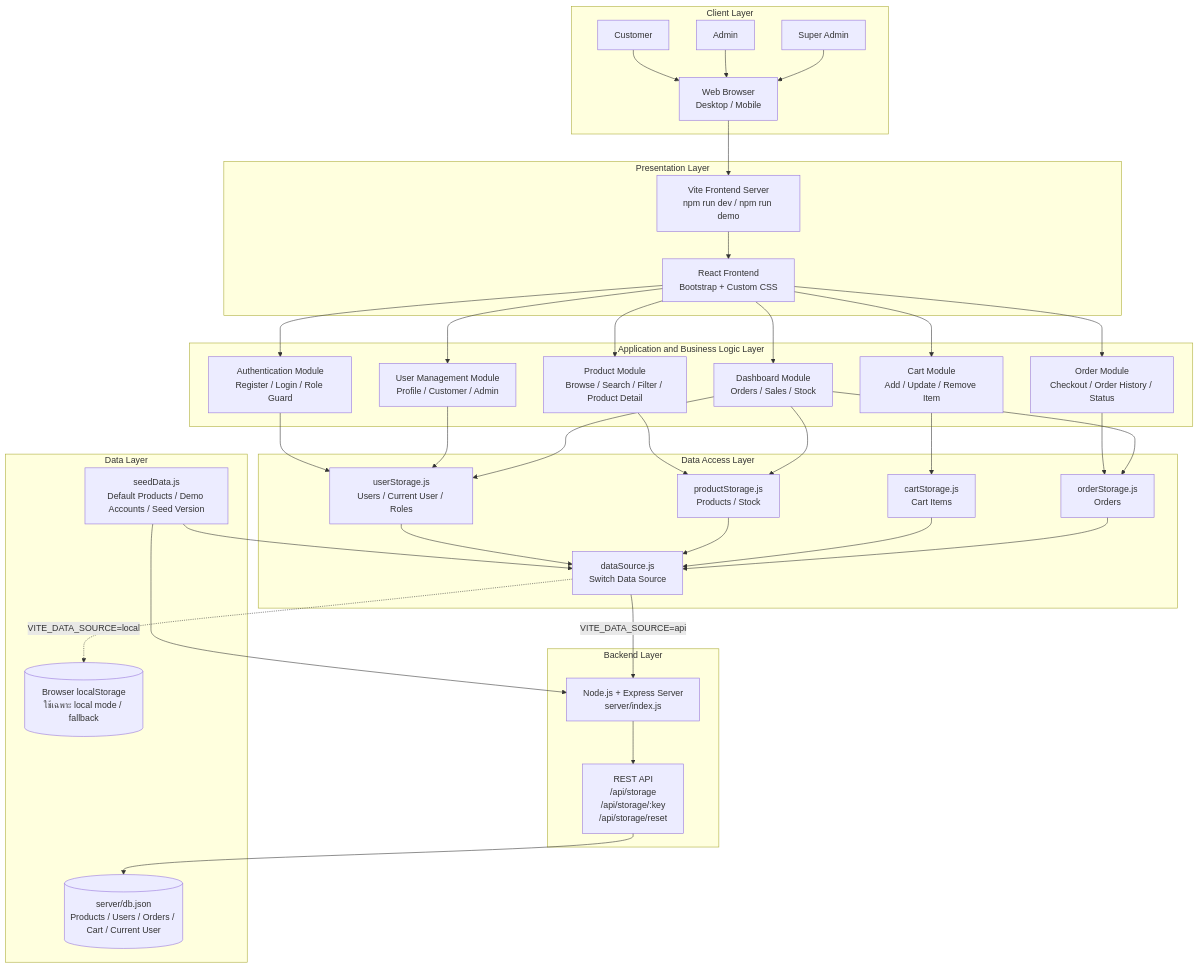
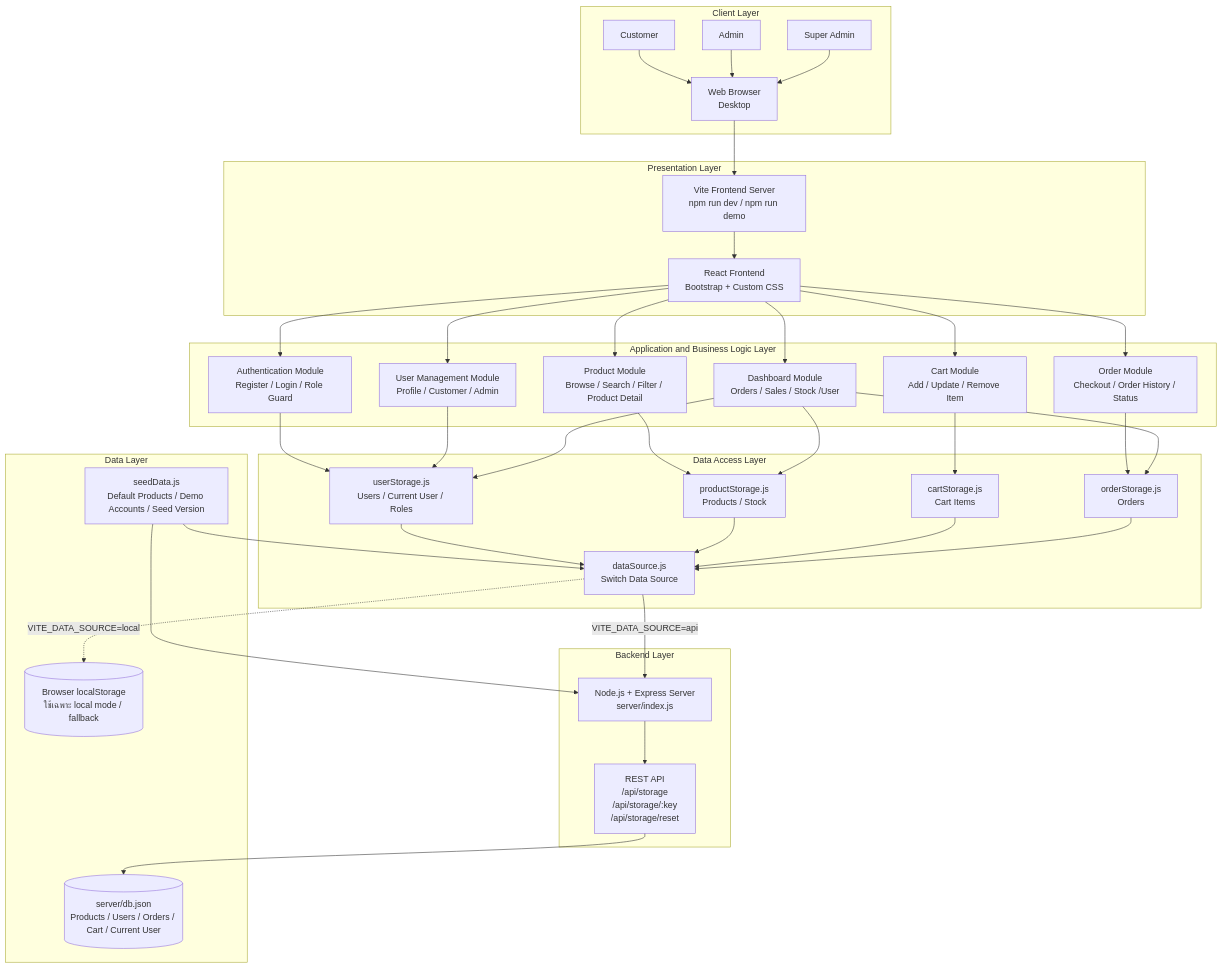
Before and after one commit to PurivatHewkao/BoardHouse: the fifth of 5 diagrams in README.md, drawn with Mermaid.

Commit message:
update readme.md - update SA

````diff
--- a/README.md
+++ b/README.md
@@ -532,76 +532,76 @@
 ```mermaid
 flowchart TB
   subgraph CL["Client Layer"]
     CUS["Customer"]
     ADM["Admin"]
     SA["Super Admin"]
-    BR["Web Browser<br/>Desktop / Mobile"]
+    BR["Web Browser<br/>Desktop"]
     CUS --> BR
     ADM --> BR
     SA --> BR
   end
 
   subgraph PL["Presentation Layer"]
     VITE["Vite Frontend Server<br/>npm run dev / npm run demo"]
     REACT["React Frontend<br/>Bootstrap + Custom CSS"]
     VITE --> REACT
   end
 
   subgraph ABL["Application and Business Logic Layer"]
     AUTH["Authentication Module<br/>Register / Login / Role Guard"]
     PRODUCT["Product Module<br/>Browse / Search / Filter / Product Detail"]
     CART["Cart Module<br/>Add / Update / Remove Item"]
     ORDER["Order Module<br/>Checkout / Order History / Status"]
-    DASH["Dashboard Module<br/>Orders / Sales / Stock"]
+    DASH["Dashboard Module<br/>Orders / Sales / Stock /User"]
     USERMGMT["User Management Module<br/>Profile / Customer / Admin"]
   end
 
   subgraph DAL["Data Access Layer"]
     USERUTIL["userStorage.js<br/>Users / Current User / Roles"]
     PRODUCTUTIL["productStorage.js<br/>Products / Stock"]
     CARTUTIL["cartStorage.js<br/>Cart Items"]
     ORDERUTIL["orderStorage.js<br/>Orders"]
     DS["dataSource.js<br/>Switch Data Source"]
   end
 
   subgraph BL["Backend Layer"]
     API["Node.js + Express Server<br/>server/index.js"]
     REST["REST API<br/>/api/storage<br/>/api/storage/:key<br/>/api/storage/reset"]
   end
 
   subgraph DL["Data Layer"]
     DB[("server/db.json<br/>Products / Users / Orders / Cart / Current User")]
     SEED["seedData.js<br/>Default Products / Demo Accounts / Seed Version"]
     LOCAL[("Browser localStorage<br/>ใช้เฉพาะ local mode / fallback")]
   end
 
   BR --> VITE
   REACT --> AUTH
   REACT --> PRODUCT
   REACT --> CART
   REACT --> ORDER
   REACT --> DASH
   REACT --> USERMGMT
 
   AUTH --> USERUTIL
   USERMGMT --> USERUTIL
   PRODUCT --> PRODUCTUTIL
   CART --> CARTUTIL
   ORDER --> ORDERUTIL
   DASH --> PRODUCTUTIL
   DASH --> ORDERUTIL
   DASH --> USERUTIL
 
   USERUTIL --> DS
   PRODUCTUTIL --> DS
   CARTUTIL --> DS
   ORDERUTIL --> DS
 
   DS -->|"VITE_DATA_SOURCE=api"| API
   API --> REST
   REST --> DB
 
   DS -. "VITE_DATA_SOURCE=local" .-> LOCAL
   SEED --> API
   SEED --> DS
 ```
````
